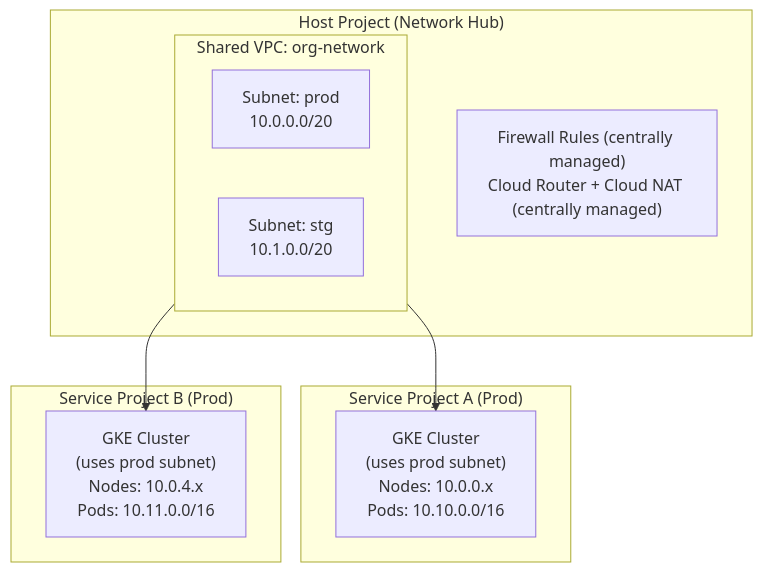
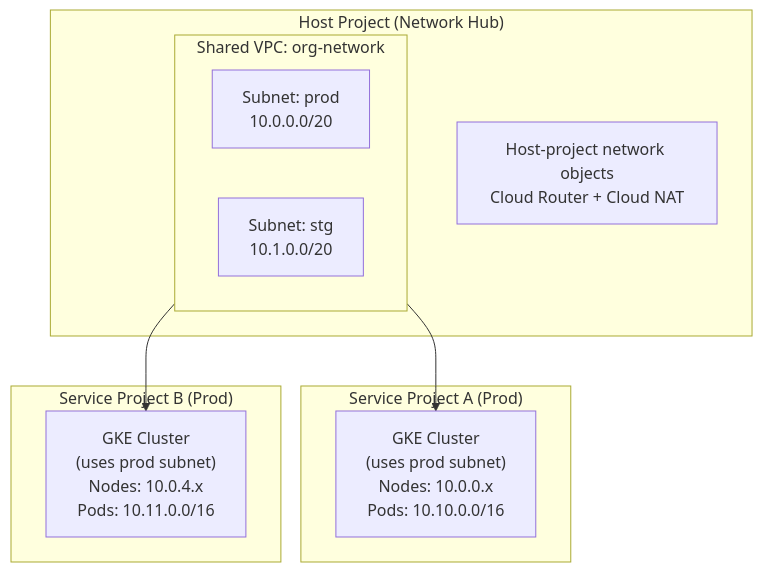
Before and after one commit to kube-dojo/kube-dojo.github.io: the sixth of 11 diagrams in src/content/docs/cloud/advanced-operations/module-8.2-transit-hubs.md, drawn with Mermaid. The commit also changed other lines of this file, not shown here.

Commit message:
docs(cloud): hide AdvOps 8.2 after-bridges and Shared VPC dump #3193

````diff
--- a/src/content/docs/cloud/advanced-operations/module-8.2-transit-hubs.md
+++ b/src/content/docs/cloud/advanced-operations/module-8.2-transit-hubs.md
@@ -316,22 +316,22 @@
 ```mermaid
 flowchart TD
     subgraph Host["Host Project (Network Hub)"]
         subgraph SVPC["Shared VPC: org-network"]
             direction LR
             S1["Subnet: prod<br/>10.0.0.0/20"]
             S2["Subnet: stg<br/>10.1.0.0/20"]
         end
-        FW["Firewall Rules (centrally managed)<br/>Cloud Router + Cloud NAT (centrally managed)"]
+        FW["Host-project network objects<br/>Cloud Router + Cloud NAT"]
     end
 
     subgraph P1["Service Project A (Prod)"]
         GKE1["GKE Cluster<br/>(uses prod subnet)<br/>Nodes: 10.0.0.x<br/>Pods: 10.10.0.0/16"]
     end
 
     subgraph P2["Service Project B (Prod)"]
         GKE2["GKE Cluster<br/>(uses prod subnet)<br/>Nodes: 10.0.4.x<br/>Pods: 10.11.0.0/16"]
     end
 
     S1 --> GKE1
     S1 --> GKE2
 ```
````
